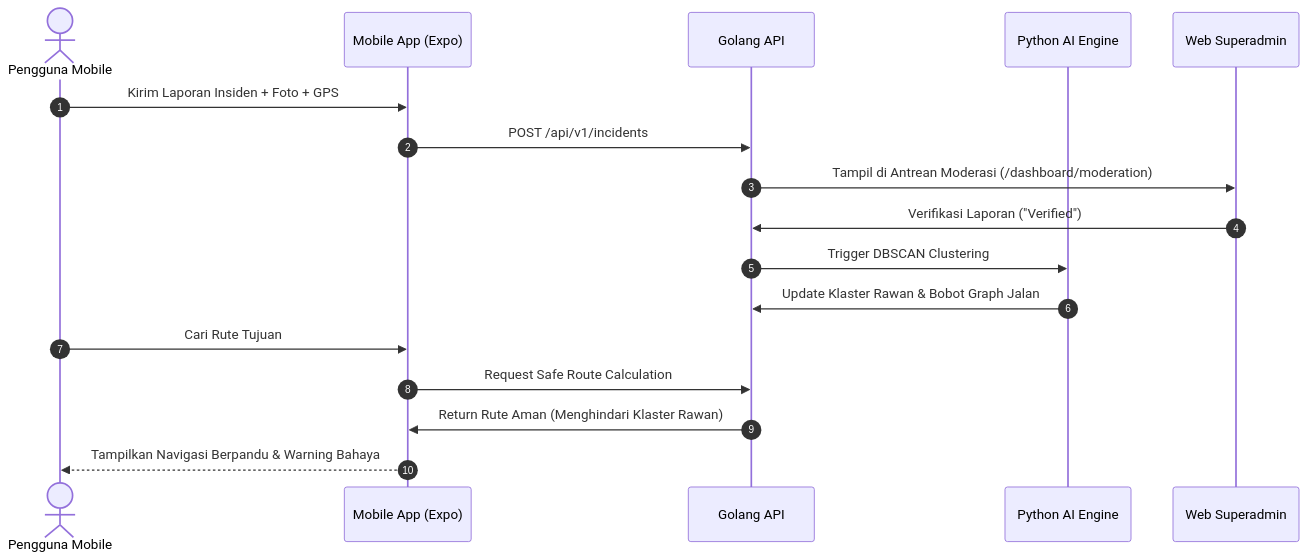
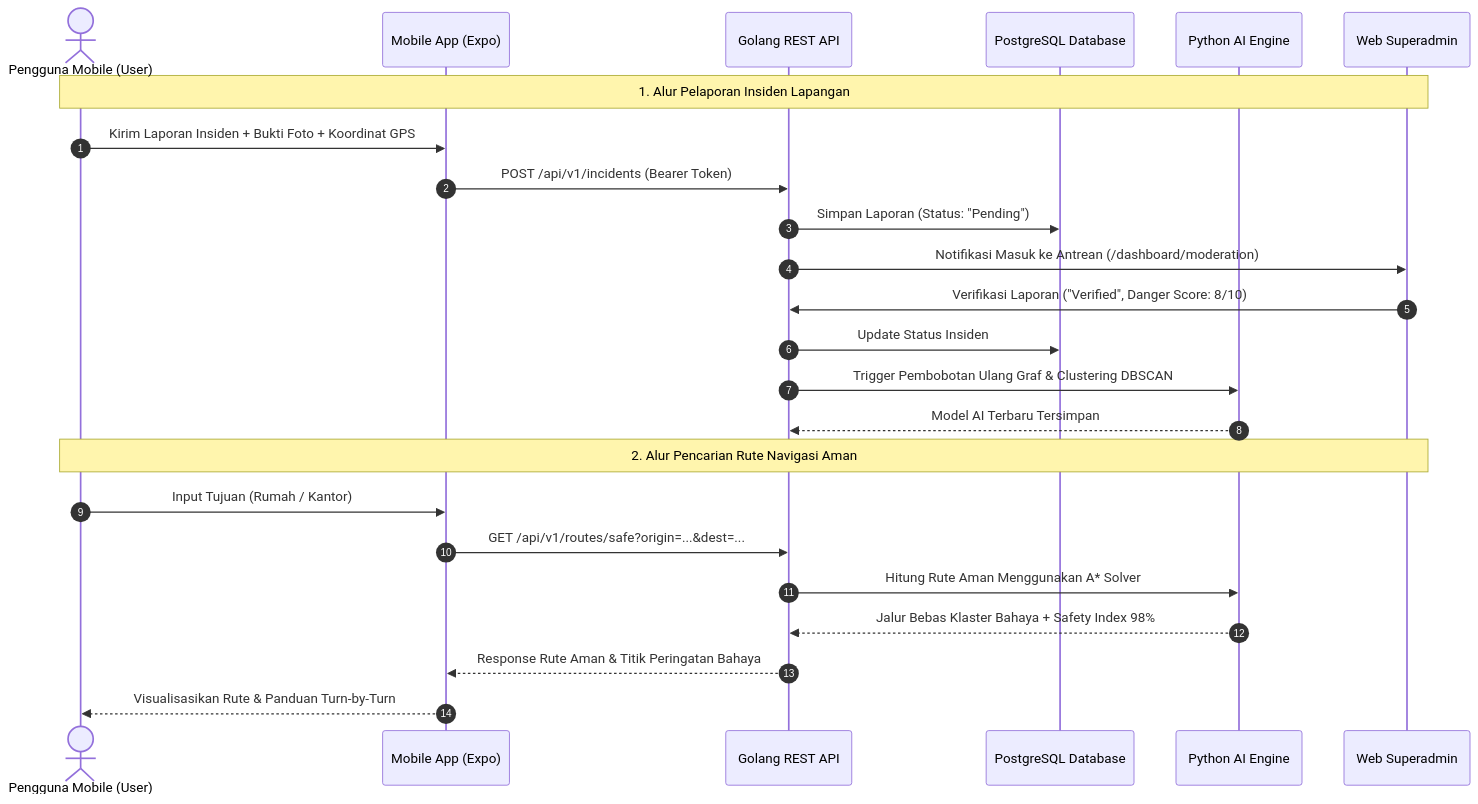
One commit to Muhfaizr21/Jalan-Aman changed the diagram in mobile/README.md. Above: the diagram before and after it, drawn with Mermaid. The commit also changed other lines of this file and 165 other files, not shown here.

````diff
--- a/mobile/README.md
+++ b/mobile/README.md
@@ -80,25 +222,30 @@
 ```mermaid
 sequenceDiagram
     autonumber
-    actor User as Pengguna Mobile
+    actor User as Pengguna Mobile (User)
     participant Mobile as Mobile App (Expo)
-    participant Backend as Golang API
+    participant Backend as Golang REST API
+    participant DB as PostgreSQL Database
     participant AI as Python AI Engine
     participant Admin as Web Superadmin
 
-    %% Lapor Insiden
-    User->>Mobile: Kirim Laporan Insiden + Foto + GPS
-    Mobile->>Backend: POST /api/v1/incidents
-    Backend->>Admin: Tampil di Antrean Moderasi (/dashboard/moderation)
-    Admin->>Backend: Verifikasi Laporan ("Verified")
-    
-    %% AI Clustering
-    Backend->>AI: Trigger DBSCAN Clustering
-    AI->>Backend: Update Klaster Rawan & Bobot Graph Jalan
-    
-    %% Navigasi Aman
-    User->>Mobile: Cari Rute Tujuan
-    Mobile->>Backend: Request Safe Route Calculation
-    Backend->>Mobile: Return Rute Aman (Menghindari Klaster Rawan)
-    Mobile-->>User: Tampilkan Navigasi Berpandu & Warning Bahaya
+    %% Skenario 1: Lapor Bahaya
+    Note over User,Admin: 1. Alur Pelaporan Insiden Lapangan
+    User->>Mobile: Kirim Laporan Insiden + Bukti Foto + Koordinat GPS
+    Mobile->>Backend: POST /api/v1/incidents (Bearer Token)
+    Backend->>DB: Simpan Laporan (Status: "Pending")
+    Backend->>Admin: Notifikasi Masuk ke Antrean (/dashboard/moderation)
+    Admin->>Backend: Verifikasi Laporan ("Verified", Danger Score: 8/10)
+    Backend->>DB: Update Status Insiden
+    Backend->>AI: Trigger Pembobotan Ulang Graf & Clustering DBSCAN
+    AI-->>Backend: Model AI Terbaru Tersimpan
+
+    %% Skenario 2: Cari Rute Aman
+    Note over User,Admin: 2. Alur Pencarian Rute Navigasi Aman
+    User->>Mobile: Input Tujuan (Rumah / Kantor)
+    Mobile->>Backend: GET /api/v1/routes/safe?origin=...&dest=...
+    Backend->>AI: Hitung Rute Aman Menggunakan A* Solver
+    AI-->>Backend: Jalur Bebas Klaster Bahaya + Safety Index 98%
+    Backend-->>Mobile: Response Rute Aman & Titik Peringatan Bahaya
+    Mobile-->>User: Visualisasikan Rute & Panduan Turn-by-Turn
 ```
````
